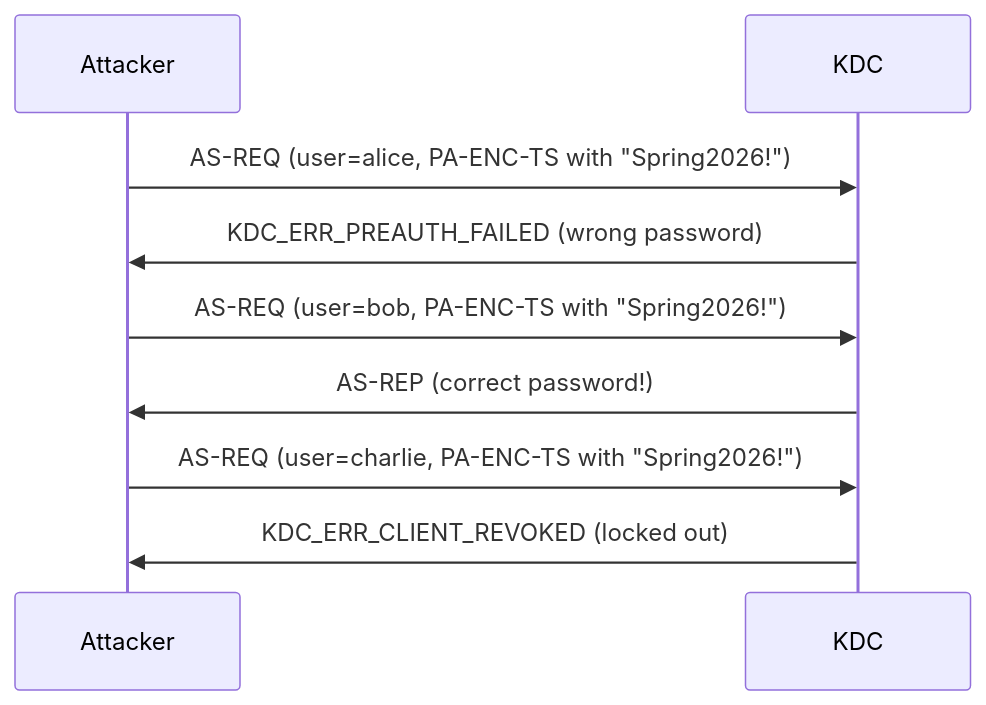
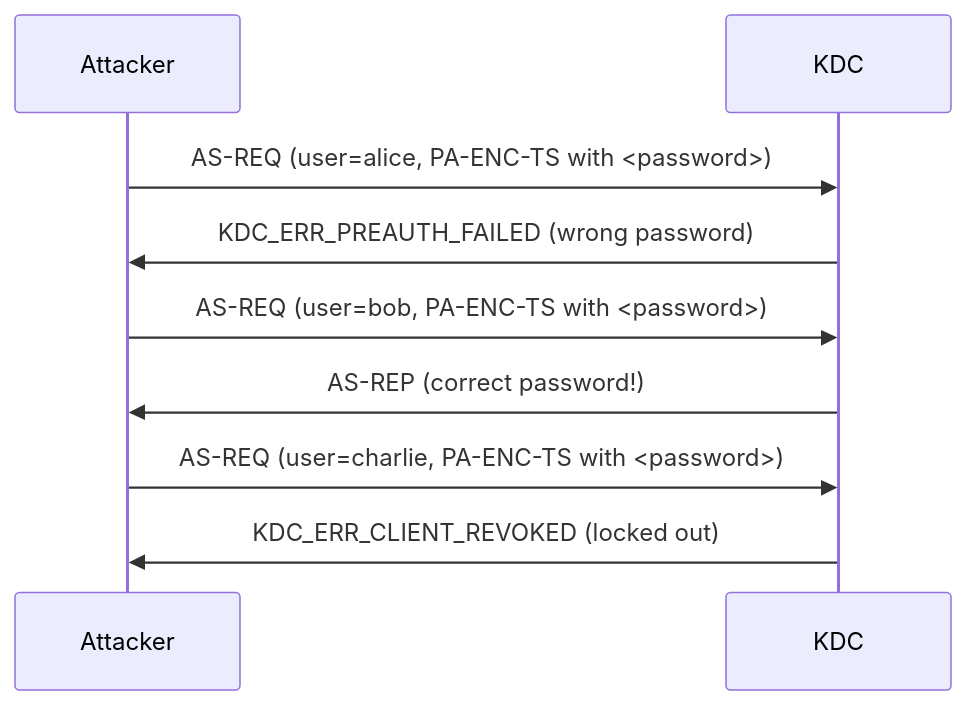
Before and after one commit to StrongWind1/Kerberos: the diagram in content/attacks/credential-theft/password-spraying.md, drawn with Mermaid. The commit also changed other lines of this file and 117 other files, not shown here.

````diff
--- a/content/attacks/credential-theft/password-spraying.md
+++ b/content/attacks/credential-theft/password-spraying.md
@@ -35,12 +40,12 @@
 ```mermaid
 sequenceDiagram
     participant Attacker
     participant KDC
 
-    Attacker->>KDC: AS-REQ (user=alice, PA-ENC-TS with "Spring2026!")
+    Attacker->>KDC: AS-REQ (user=alice, PA-ENC-TS with <password>)
     KDC->>Attacker: KDC_ERR_PREAUTH_FAILED (wrong password)
-    Attacker->>KDC: AS-REQ (user=bob, PA-ENC-TS with "Spring2026!")
+    Attacker->>KDC: AS-REQ (user=bob, PA-ENC-TS with <password>)
     KDC->>Attacker: AS-REP (correct password!)
-    Attacker->>KDC: AS-REQ (user=charlie, PA-ENC-TS with "Spring2026!")
+    Attacker->>KDC: AS-REQ (user=charlie, PA-ENC-TS with <password>)
     KDC->>Attacker: KDC_ERR_CLIENT_REVOKED (locked out)
 ```
````
